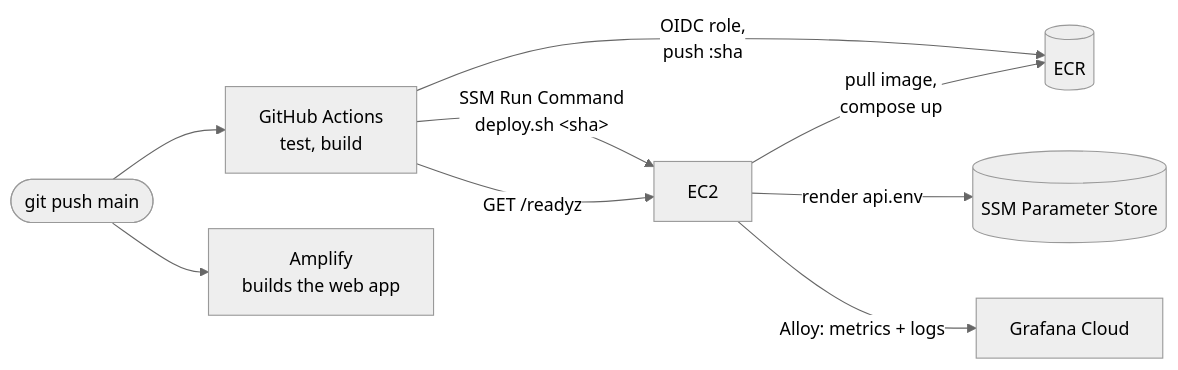
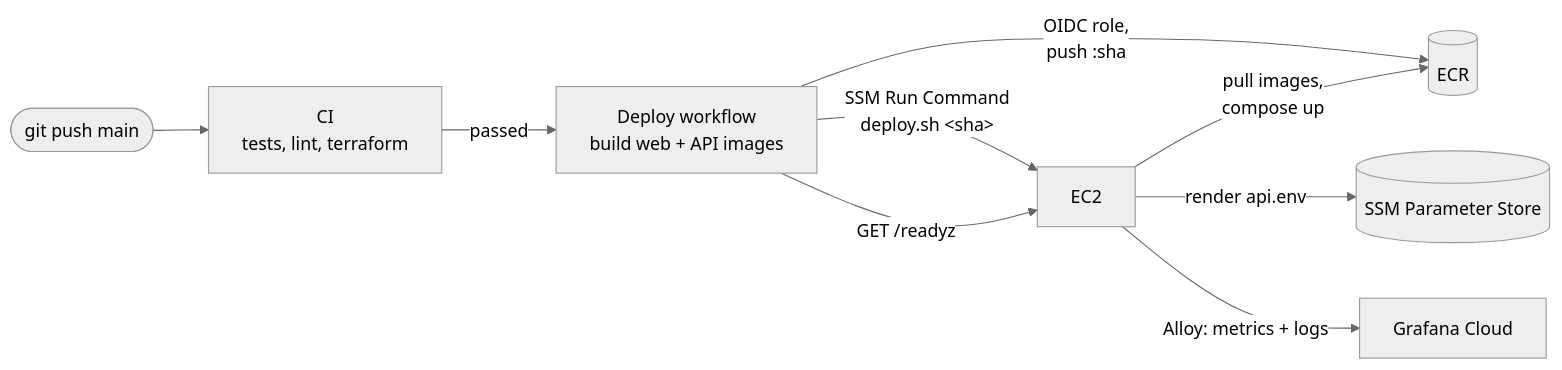
The second of 2 diagrams in README.md (feifxi/twitter-clone), drawn with Mermaid (neutral theme) before and after one commit. The commit also changed other lines of this file and 28 other files, not shown here.

````diff
--- a/README.md
+++ b/README.md
@@ -66,11 +66,11 @@
 ```mermaid
 flowchart LR
-  push(["git push main"]) --> gha["GitHub Actions<br/>test, build"]
+  push(["git push main"]) --> ci["CI<br/>tests, lint, terraform"]
+  ci -- "passed" --> gha["Deploy workflow<br/>build web + API images"]
   gha -- "OIDC role,<br/>push :sha" --> ecr[("ECR")]
   gha -- "SSM Run Command<br/>deploy.sh &lt;sha&gt;" --> ec2["EC2"]
   ec2 -- "render api.env" --> ssm[("SSM Parameter Store")]
-  ec2 -- "pull image,<br/>compose up" --> ecr
+  ec2 -- "pull images,<br/>compose up" --> ecr
   gha -- "GET /readyz" --> ec2
   ec2 -- "Alloy: metrics + logs" --> grafana["Grafana Cloud"]
-  push --> amplify["Amplify<br/>builds the web app"]
 ```
````
